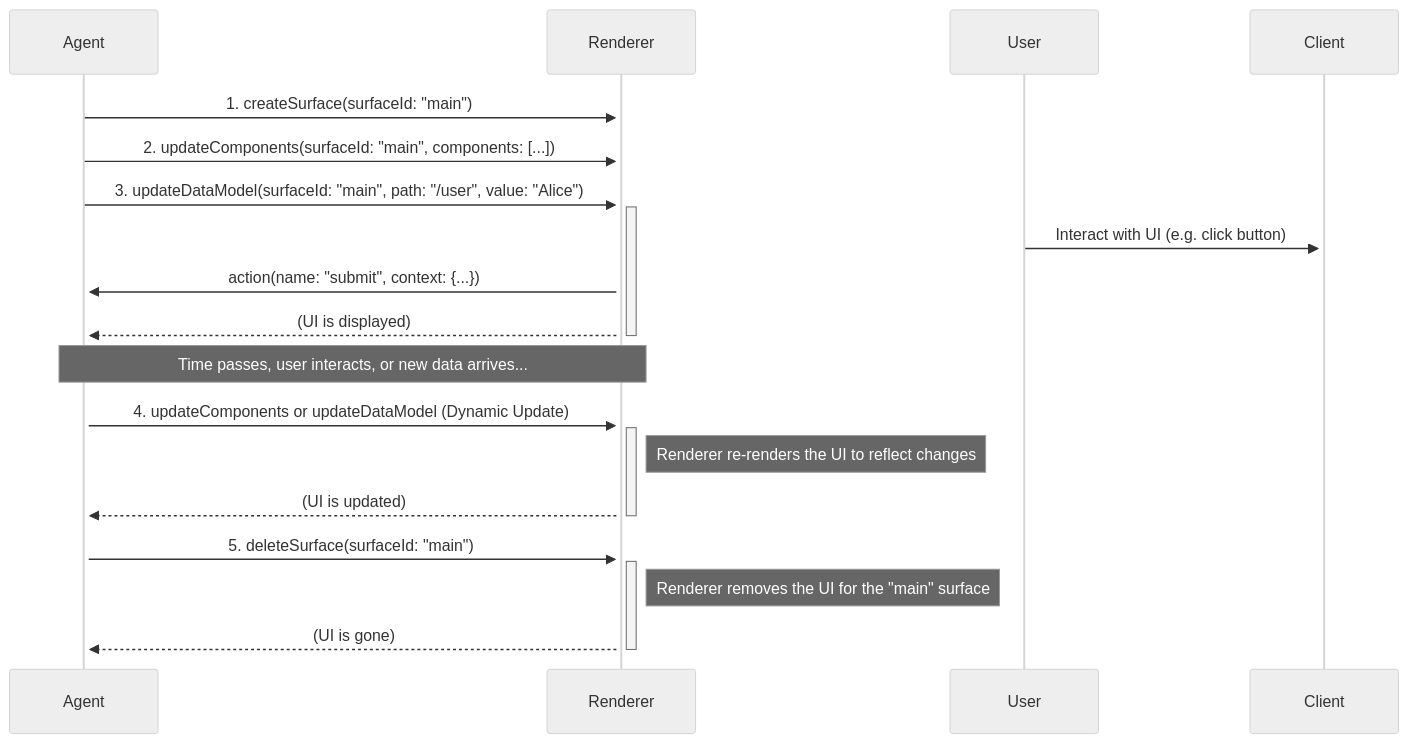
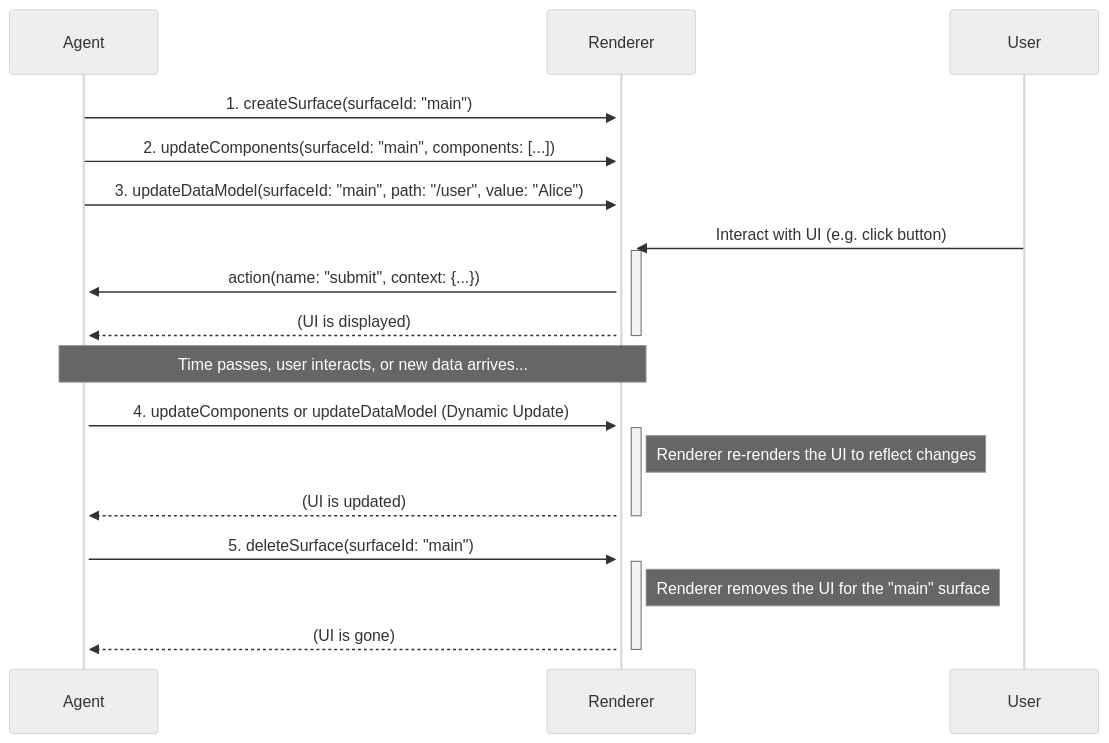
Before and after one commit to a2ui-project/a2ui: the first of 2 diagrams in specification/v1_0/docs/a2ui_protocol.md, drawn with Mermaid (neutral theme). The commit also changed other lines of this file and 4 other files, not shown here.

````diff
--- a/specification/v1_0/docs/a2ui_protocol.md
+++ b/specification/v1_0/docs/a2ui_protocol.md
@@ -58,22 +58,22 @@
 ```mermaid
 sequenceDiagram
     participant Agent
     participant Renderer
 
     Agent->>+Renderer: 1. createSurface(surfaceId: "main")
     Agent->>+Renderer: 2. updateComponents(surfaceId: "main", components: [...])
     Agent->>+Renderer: 3. updateDataModel(surfaceId: "main", path: "/user", value: "Alice")
-    User->>+Client: Interact with UI (e.g. click button)
+    User->>+Renderer: Interact with UI (e.g. click button)
     Renderer->>+Agent: action(name: "submit", context: {...})
     Renderer-->>-Agent: (UI is displayed)
 
     Note over Renderer, Agent: Time passes, user interacts, or new data arrives...
 
     Agent->>+Renderer: 4. updateComponents or updateDataModel (Dynamic Update)
     Note right of Renderer: Renderer re-renders the UI to reflect changes
     Renderer-->>-Agent: (UI is updated)
 
     Agent->>+Renderer: 5. deleteSurface(surfaceId: "main")
     Note right of Renderer: Renderer removes the UI for the "main" surface
     Renderer-->>-Agent: (UI is gone)
 ```
````
